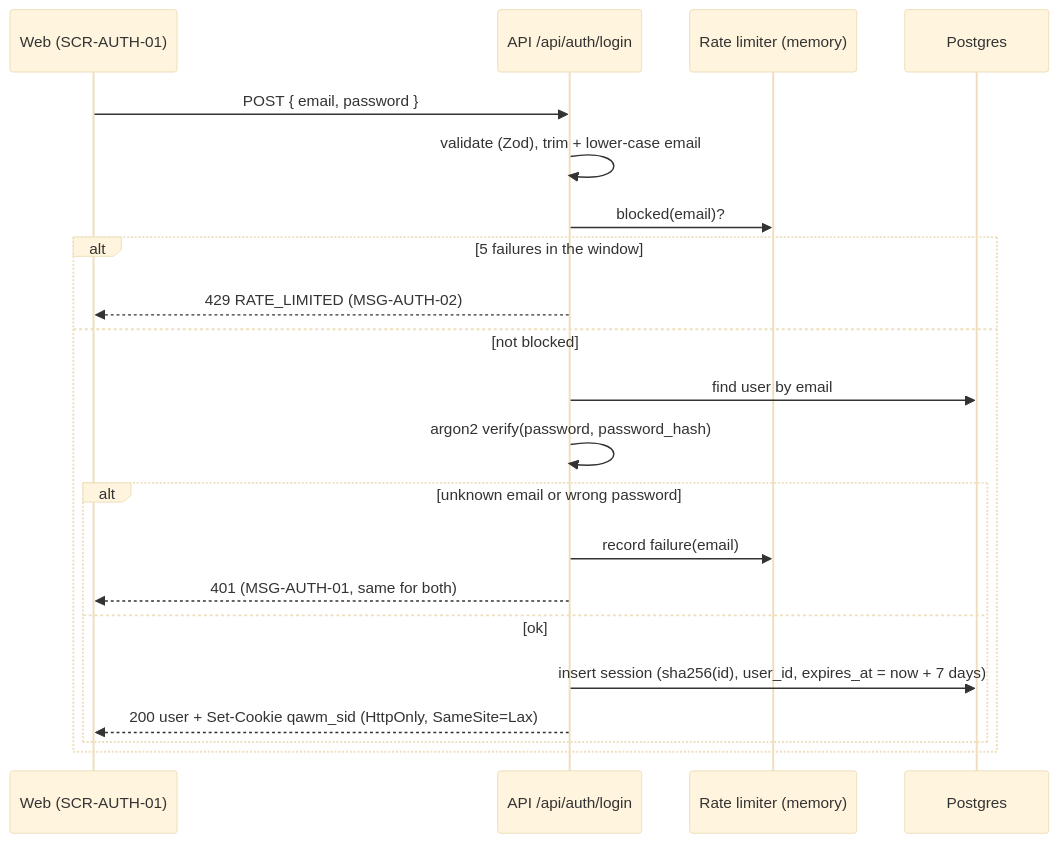
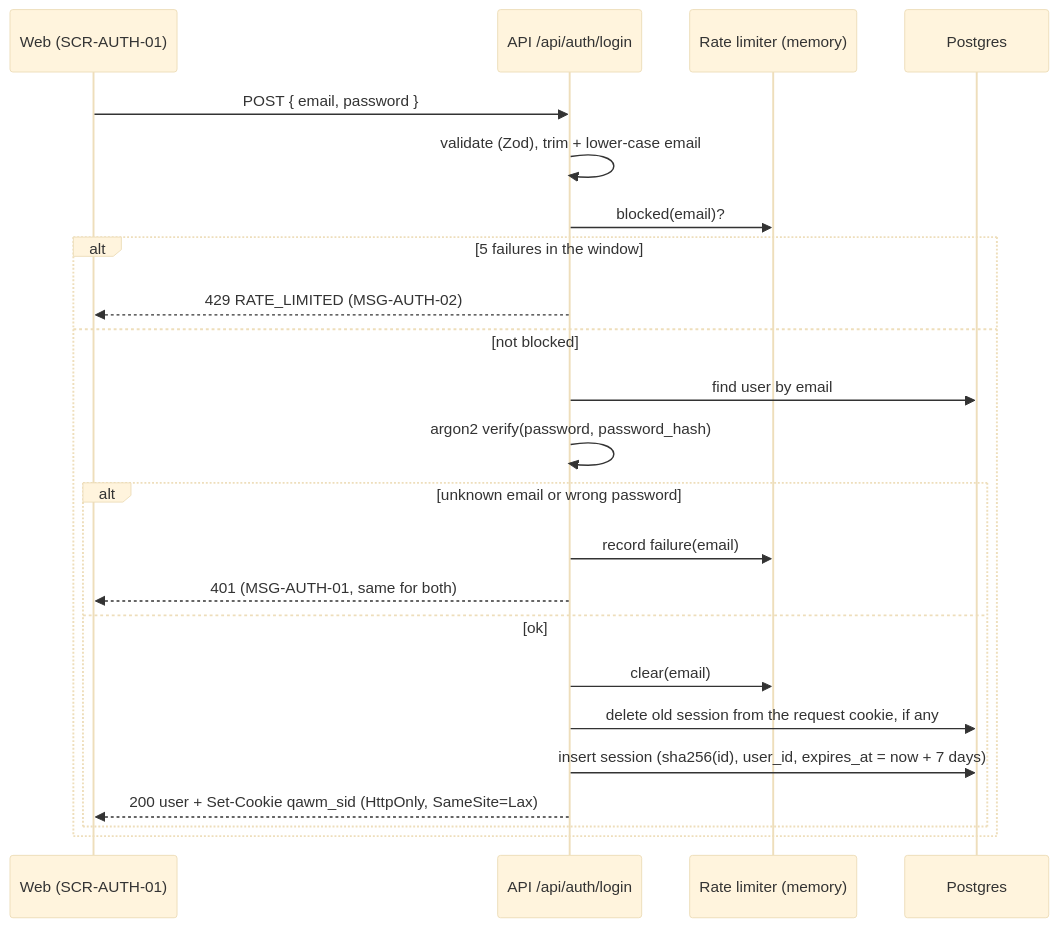
One commit to RITA-CHANN/qa-work-management changed the diagram in docs/design/detail/logic/DD-AUTH-01-session.md. Above: the diagram before and after it, drawn with Mermaid (base theme). The commit also changed other lines of this file and 20 other files, not shown here.

First line of the commit message:
docs(auth): full login feature design: API, flows, detail design, data, ADRs

````diff
--- a/docs/design/detail/logic/DD-AUTH-01-session.md
+++ b/docs/design/detail/logic/DD-AUTH-01-session.md
@@ -24,23 +48,25 @@
 ```mermaid
 sequenceDiagram
     participant W as Web (SCR-AUTH-01)
     participant A as API /api/auth/login
     participant RL as Rate limiter (memory)
     participant DB as Postgres
     W->>A: POST { email, password }
     A->>A: validate (Zod), trim + lower-case email
     A->>RL: blocked(email)?
     alt 5 failures in the window
         A-->>W: 429 RATE_LIMITED (MSG-AUTH-02)
     else not blocked
         A->>DB: find user by email
         A->>A: argon2 verify(password, password_hash)
         alt unknown email or wrong password
             A->>RL: record failure(email)
             A-->>W: 401 (MSG-AUTH-01, same for both)
         else ok
+            A->>RL: clear(email)
+            A->>DB: delete old session from the request cookie, if any
             A->>DB: insert session (sha256(id), user_id, expires_at = now + 7 days)
             A-->>W: 200 user + Set-Cookie qawm_sid (HttpOnly, SameSite=Lax)
         end
     end
 ```
````
